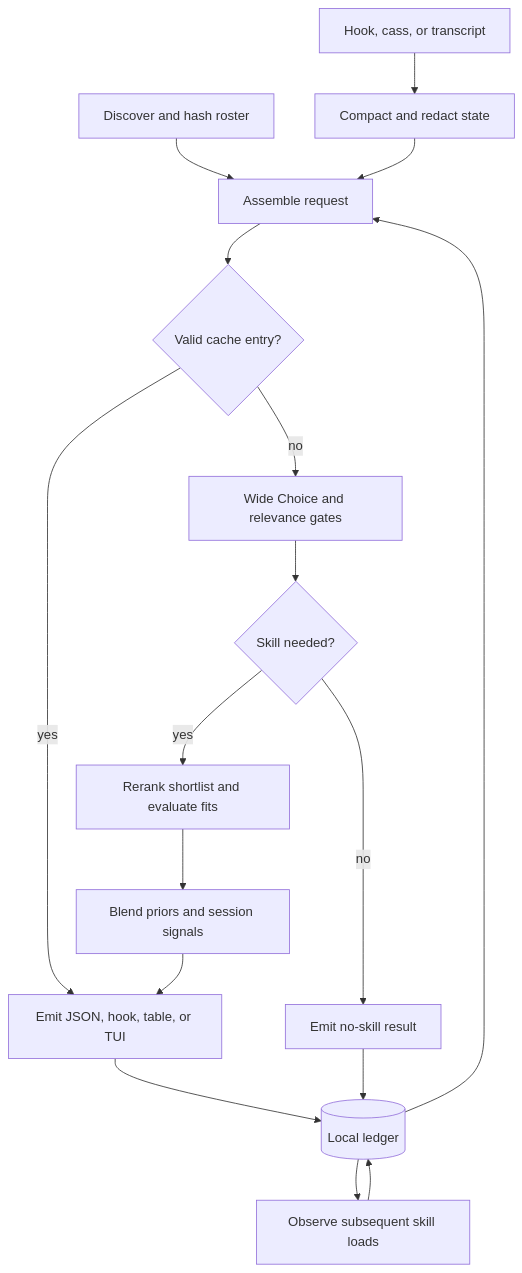
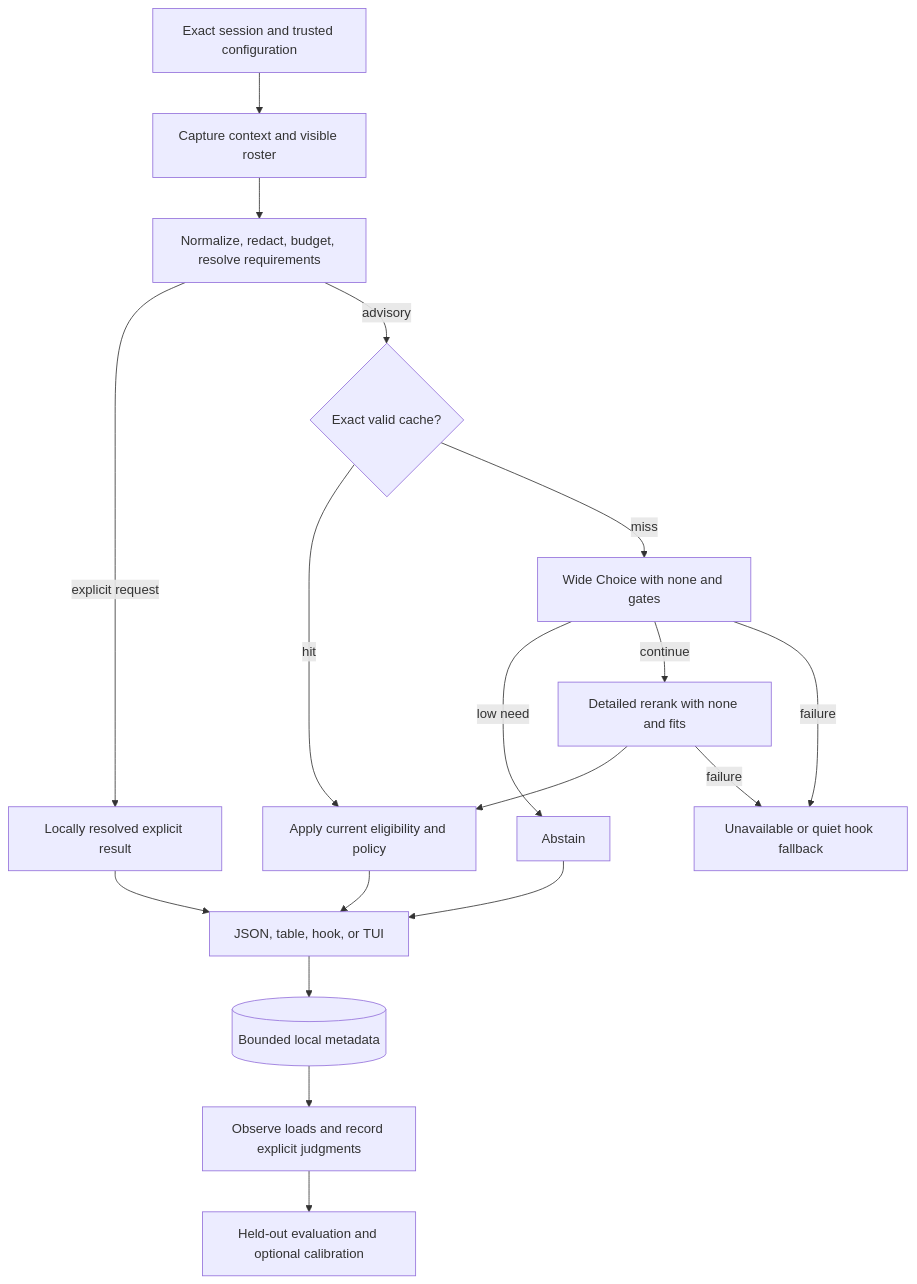
The diagram in README.md (Dicklesworthstone/skillranker), drawn with Mermaid before and after one commit. The commit also changed other lines of this file, not shown here.

First line of the commit message:
docs(readme): match live-session ranking, abstention, and hook CLI

````diff
--- a/README.md
+++ b/README.md
@@ -551,19 +634,20 @@
 ```mermaid
 flowchart TD
-    A[Hook, cass, or transcript] --> D[Compact and redact state]
-    B[Discover and hash roster] --> E[Assemble request]
-    C[(Local ledger)] --> E
-    D --> E
-    E --> K{Valid cache entry?}
-    K -->|yes| O[Emit JSON, hook, table, or TUI]
-    K -->|no| W[Wide Choice and relevance gates]
-    W --> G{Skill needed?}
-    G -->|no| N[Emit no-skill result]
-    G -->|yes| R[Rerank shortlist and evaluate fits]
-    R --> S[Blend priors and session signals]
-    S --> O
-    O --> C
-    N --> C
-    C --> F[Observe subsequent skill loads]
-    F --> C
+    A[Exact session and trusted configuration] --> B[Capture context and visible roster]
+    B --> C[Normalize, redact, budget, resolve requirements]
+    C -->|explicit request| X[Locally resolved explicit result]
+    C -->|advisory| K{Exact valid cache?}
+    K -->|hit| P[Apply current eligibility and policy]
+    K -->|miss| W[Wide Choice with none and gates]
+    W -->|low need| N[Abstain]
+    W -->|continue| R[Detailed rerank with none and fits]
+    R --> P
+    P --> O[JSON, table, hook, or TUI]
+    W -->|failure| U[Unavailable or quiet hook fallback]
+    R -->|failure| U
+    X --> O
+    N --> O
+    O --> L[(Bounded local metadata)]
+    L --> F[Observe loads and record explicit judgments]
+    F --> E[Held-out evaluation and optional calibration]
 ```
````
